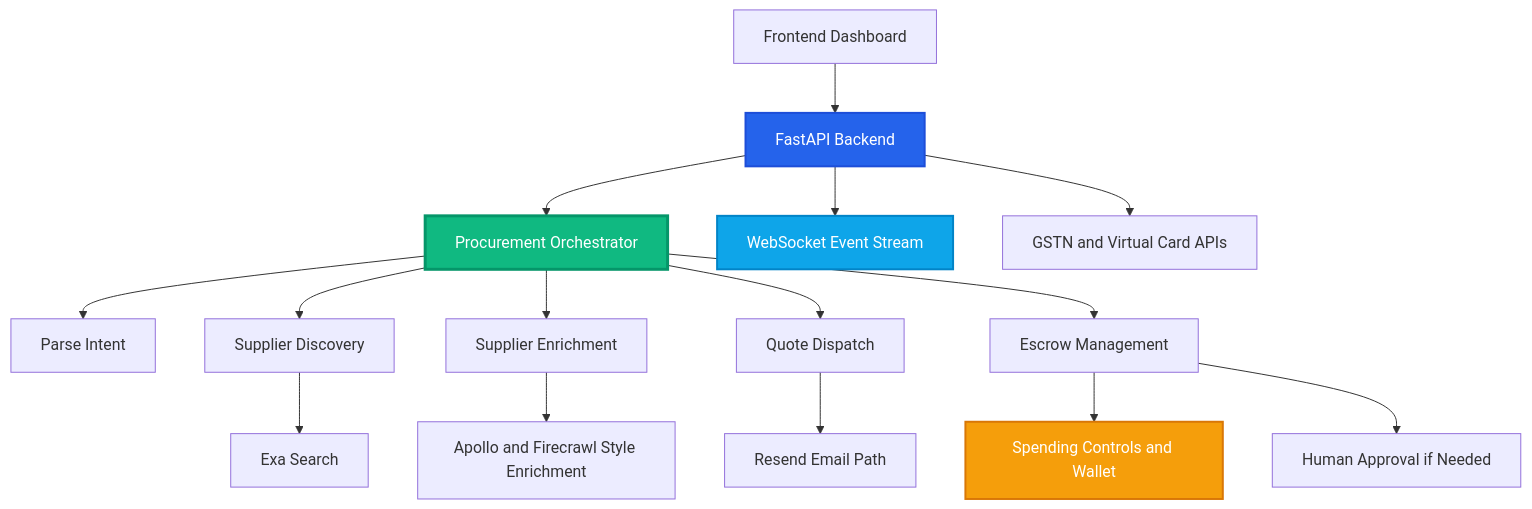
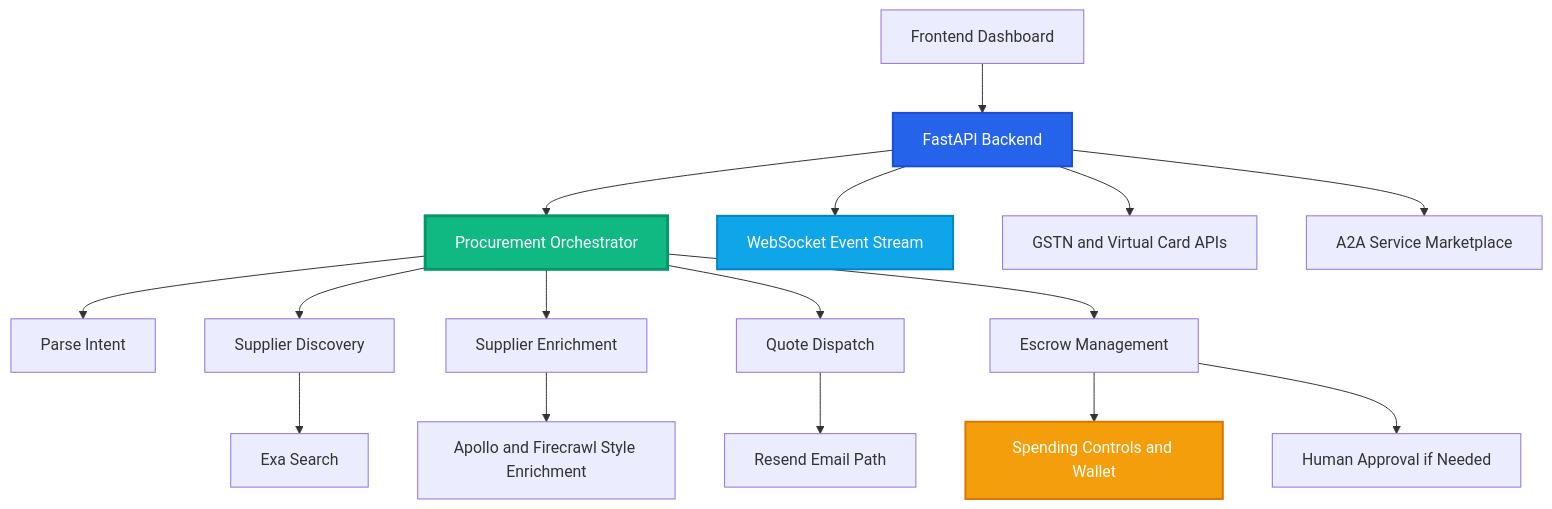
One commit to t0k1t00/flowpay-agent changed the first of 2 diagrams in README.md. Above: the diagram before and after it, drawn with Mermaid. The commit also changed other lines of this file, not shown here.

Commit message:
docs(readme): refresh production architecture documentation.

````diff
--- a/README.md
+++ b/README.md
@@ -71,25 +72,26 @@
 ```mermaid
 graph TB
     UI[Frontend Dashboard] --> API[FastAPI Backend]
     API --> ORCH[Procurement Orchestrator]
 
     ORCH --> PARSE[Parse Intent]
     ORCH --> SEARCH[Supplier Discovery]
     ORCH --> ENRICH[Supplier Enrichment]
     ORCH --> QUOTE[Quote Dispatch]
     ORCH --> ESCROW[Escrow Management]
 
     SEARCH --> EXA[Exa Search]
     ENRICH --> FIRE[Apollo and Firecrawl Style Enrichment]
     QUOTE --> RESEND[Resend Email Path]
     ESCROW --> CONTROLS[Spending Controls and Wallet]
     ESCROW --> APPROVAL[Human Approval if Needed]
 
     API --> WS[WebSocket Event Stream]
     API --> COMPLIANCE[GSTN and Virtual Card APIs]
+    API --> A2A[A2A Service Marketplace]
 
     style ORCH fill:#10b981,stroke:#059669,stroke-width:3px,color:#fff
     style API fill:#2563eb,stroke:#1d4ed8,stroke-width:2px,color:#fff
     style CONTROLS fill:#f59e0b,stroke:#d97706,stroke-width:2px,color:#fff
     style WS fill:#0ea5e9,stroke:#0284c7,stroke-width:2px,color:#fff
 ```
````
